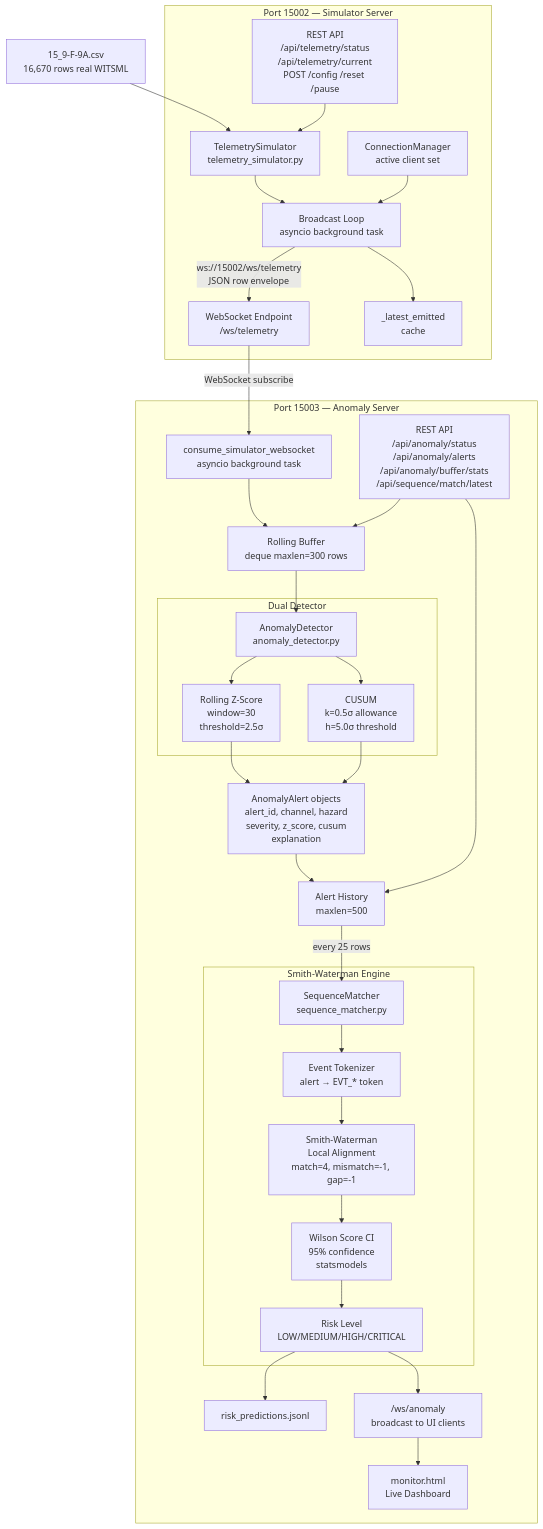
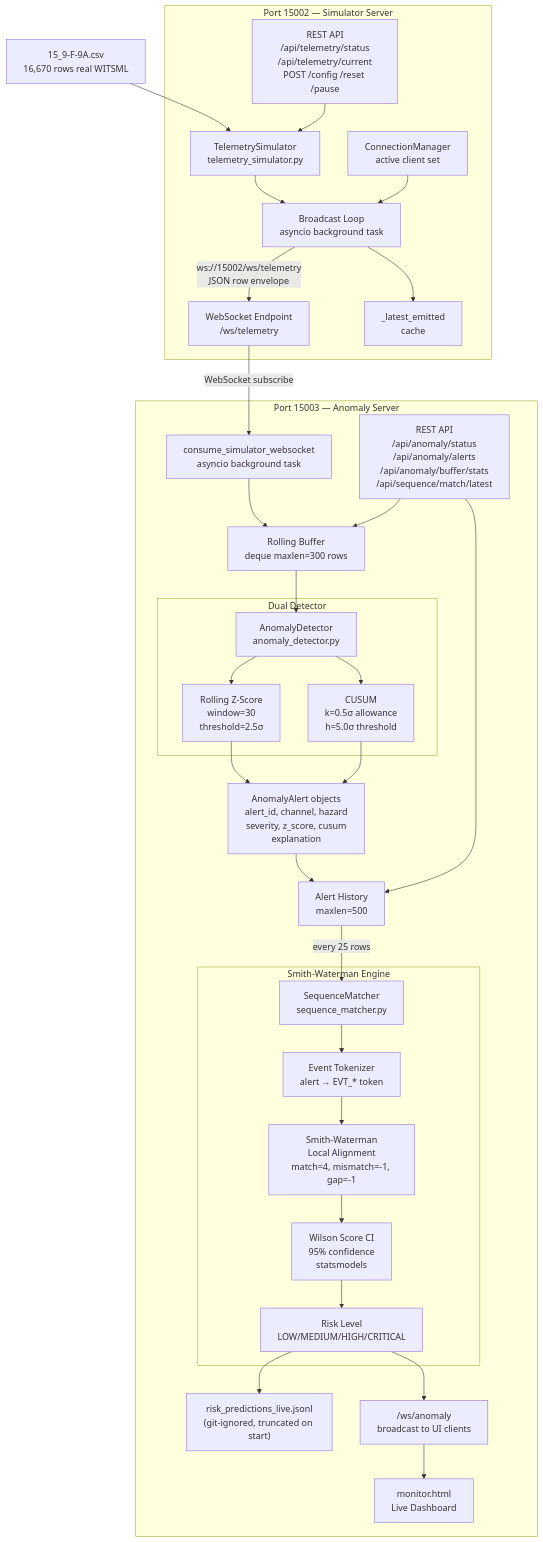
The eighth of 16 diagrams in ARCHITECTURE.md (n3ssdub3y/SIH_2026_PLANNS), drawn with Mermaid before and after one commit. The commit also changed other lines of this file and 23 other files, not shown here.

````diff
--- a/ARCHITECTURE.md
+++ b/ARCHITECTURE.md
@@ -444,40 +444,40 @@
 ```mermaid
 graph TD
     CSV["15_9-F-9A.csv\n16,670 rows real WITSML"] --> TS["TelemetrySimulator\ntelemetry_simulator.py"]
 
     subgraph "Port 15002 — Simulator Server"
         TS --> BL["Broadcast Loop\nasyncio background task"]
         BL -->|"ws://15002/ws/telemetry\nJSON row envelope"| WS_SIM["WebSocket Endpoint\n/ws/telemetry"]
         BL --> LATEST["_latest_emitted\ncache"]
         CM["ConnectionManager\nactive client set"] --> BL
         REST_SIM["REST API\n/api/telemetry/status\n/api/telemetry/current\nPOST /config /reset /pause"] --> TS
     end
 
     WS_SIM -->|"WebSocket subscribe"| CONSUMER["consume_simulator_websocket\nasyncio background task"]
 
     subgraph "Port 15003 — Anomaly Server"
         CONSUMER --> BUFF["Rolling Buffer\ndeque maxlen=300 rows"]
         BUFF --> AD["AnomalyDetector\nanomaly_detector.py"]
 
         subgraph "Dual Detector"
             AD --> ZS["Rolling Z-Score\nwindow=30\nthreshold=2.5σ"]
             AD --> CU["CUSUM\nk=0.5σ allowance\nh=5.0σ threshold"]
         end
 
         ZS & CU --> ALERTS["AnomalyAlert objects\nalert_id, channel, hazard\nseverity, z_score, cusum\nexplanation"]
         ALERTS --> AH["Alert History\nmaxlen=500"]
         AH -->|"every 25 rows"| SM["SequenceMatcher\nsequence_matcher.py"]
 
         subgraph "Smith-Waterman Engine"
             SM --> TOK["Event Tokenizer\nalert → EVT_* token"]
             TOK --> SW["Smith-Waterman\nLocal Alignment\nmatch=4, mismatch=-1, gap=-1"]
             SW --> WCI["Wilson Score CI\n95% confidence\nstatsmodels"]
             WCI --> RISK["Risk Level\nLOW/MEDIUM/HIGH/CRITICAL"]
         end
 
-        RISK --> OUT["risk_predictions.jsonl"]
+        RISK --> OUT["risk_predictions_live.jsonl\n(git-ignored, truncated on start)"]
         RISK --> WS_ANO["/ws/anomaly\nbroadcast to UI clients"]
         WS_ANO --> UI["monitor.html\nLive Dashboard"]
         REST_ANO["REST API\n/api/anomaly/status\n/api/anomaly/alerts\n/api/anomaly/buffer/stats\n/api/sequence/match/latest"] --> AH & BUFF
     end
 ```
````
